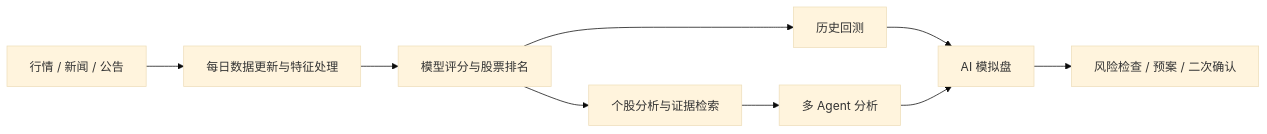
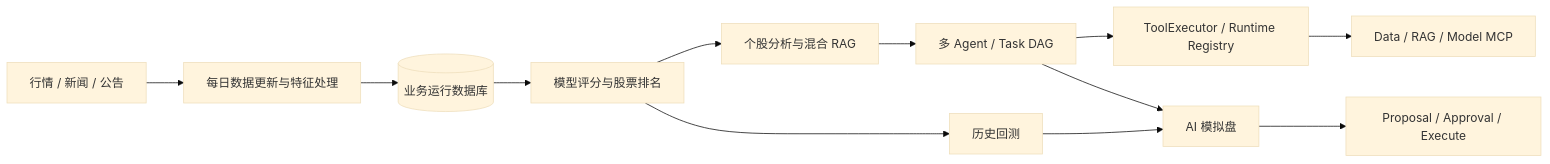
The second of 3 diagrams in README.md (lxh-boop/-), drawn with Mermaid (base theme) before and after one commit. The commit also changed other lines of this file and 2 other files, not shown here.

````diff
--- a/README.md
+++ b/README.md
@@ -67,11 +99,14 @@
 ```mermaid
 flowchart LR
     A["行情 / 新闻 / 公告"] --> B["每日数据更新与特征处理"]
-    B --> C["模型评分与股票排名"]
-    C --> D["个股分析与证据检索"]
-    C --> E["历史回测"]
-    D --> F["多 Agent 分析"]
-    E --> G["AI 模拟盘"]
-    F --> G
-    G --> H["风险检查 / 预案 / 二次确认"]
+    B --> C[("业务运行数据库")]
+    C --> D["模型评分与股票排名"]
+    D --> E["个股分析与混合 RAG"]
+    D --> F["历史回测"]
+    E --> G["多 Agent / Task DAG"]
+    G --> H["ToolExecutor / Runtime Registry"]
+    H --> I["Data / RAG / Model MCP"]
+    F --> J["AI 模拟盘"]
+    G --> J
+    J --> K["Proposal / Approval / Execute"]
 ```
````
